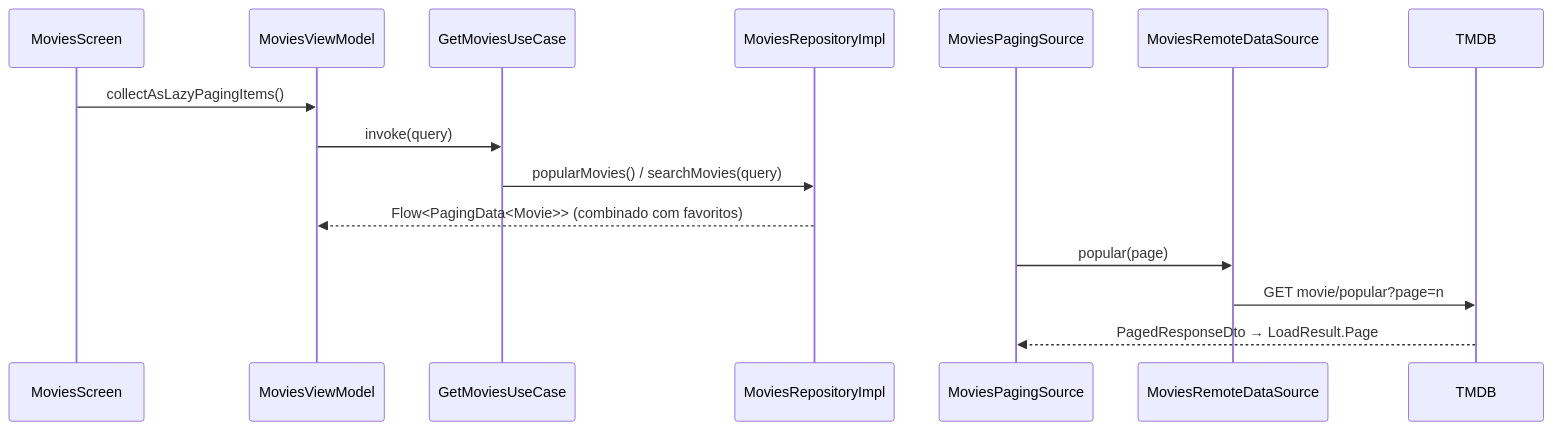
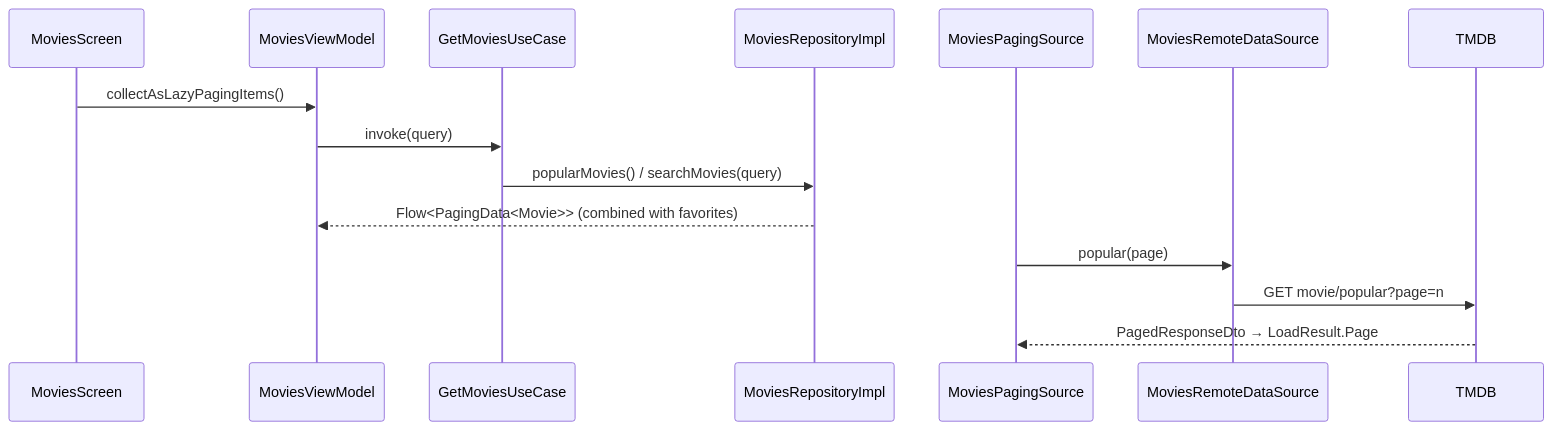
The fourth of 6 diagrams in docs/explanation/architecture.md (FilipeSilva18/my-favorite-film-android), drawn with Mermaid before and after one commit. The commit also changed other lines of this file and 51 other files, not shown here.

````diff
--- a/docs/explanation/architecture.md
+++ b/docs/explanation/architecture.md
@@ -112,18 +112,18 @@
 ```mermaid
 sequenceDiagram
     participant S as MoviesScreen
     participant VM as MoviesViewModel
     participant UC as GetMoviesUseCase
     participant R as MoviesRepositoryImpl
     participant PS as MoviesPagingSource
     participant DS as MoviesRemoteDataSource
     participant API as TMDB
 
     S->>VM: collectAsLazyPagingItems()
     VM->>UC: invoke(query)
     UC->>R: popularMovies() / searchMovies(query)
-    R-->>VM: Flow<PagingData<Movie>> (combinado com favoritos)
+    R-->>VM: Flow<PagingData<Movie>> (combined with favorites)
     PS->>DS: popular(page)
     DS->>API: GET movie/popular?page=n
     API-->>PS: PagedResponseDto → LoadResult.Page
 ```
````
